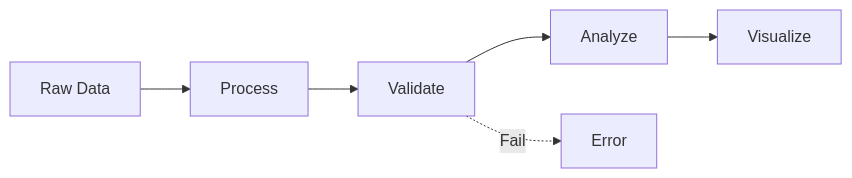
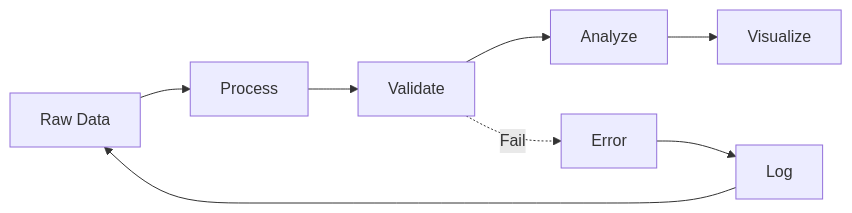
Before and after one commit to yip-lgtm/PhysicsSelfStudy: the fifth of 5 diagrams in 02_MSc_DataDriven_Modeling/core_courses/MSDM_5001/README.md, drawn with Mermaid. The commit also changed other lines of this file and 17 other files, not shown here.

````diff
--- a/02_MSc_DataDriven_Modeling/core_courses/MSDM_5001/README.md
+++ b/02_MSc_DataDriven_Modeling/core_courses/MSDM_5001/README.md
@@ -341,8 +627,10 @@
 ```mermaid
 graph LR
     A[Raw Data] --> B[Process]
     B --> C[Validate]
     C --> D[Analyze]
     D --> E[Visualize]
     C -.->|Fail| F[Error]
+    F --> G[Log]
+    G --> A
 ```
````
